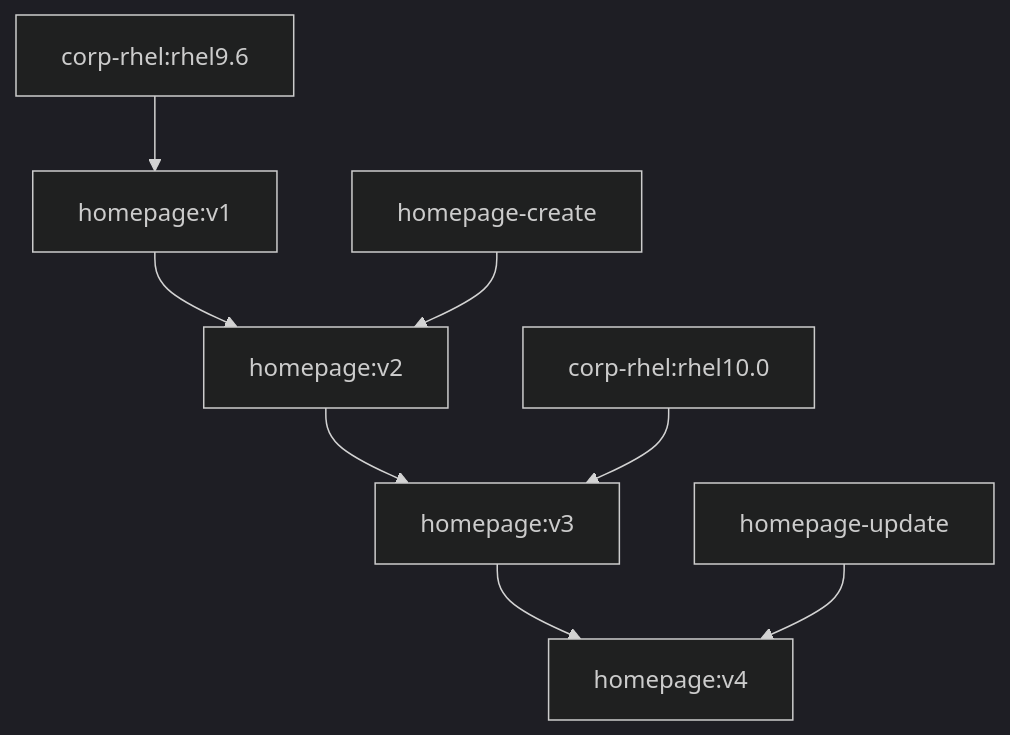
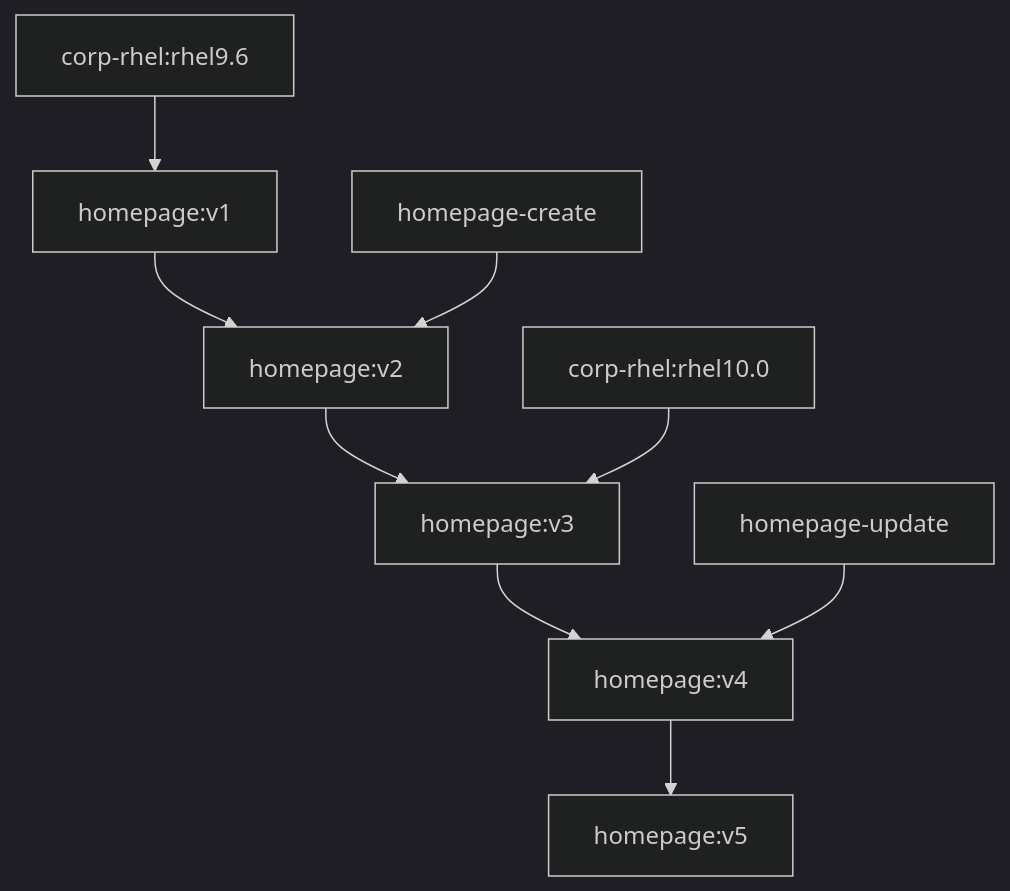
Before and after one commit to jvdbreggen/imagemodedemo: the first of 2 diagrams in README.md, drawn with Mermaid (dark theme). The commit also changed other lines of this file, not shown here.

````diff
--- a/README.md
+++ b/README.md
@@ -8,10 +8,11 @@
 ```mermaid
 graph TD;
     corp-rhel:rhel9.6-->homepage:v1;
     homepage:v1-->homepage:v2;
     homepage-create-->homepage:v2;
     homepage:v2-->homepage:v3;
     corp-rhel:rhel10.0-->homepage:v3;
     homepage:v3-->homepage:v4;
     homepage-update-->homepage:v4
+    homepage:v4-->homepage:v5
 ```
````
